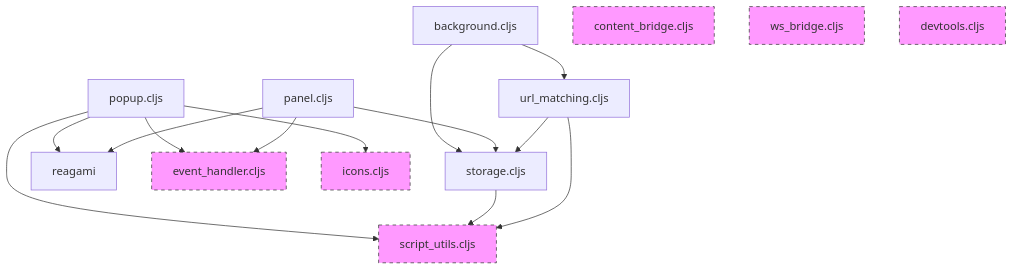
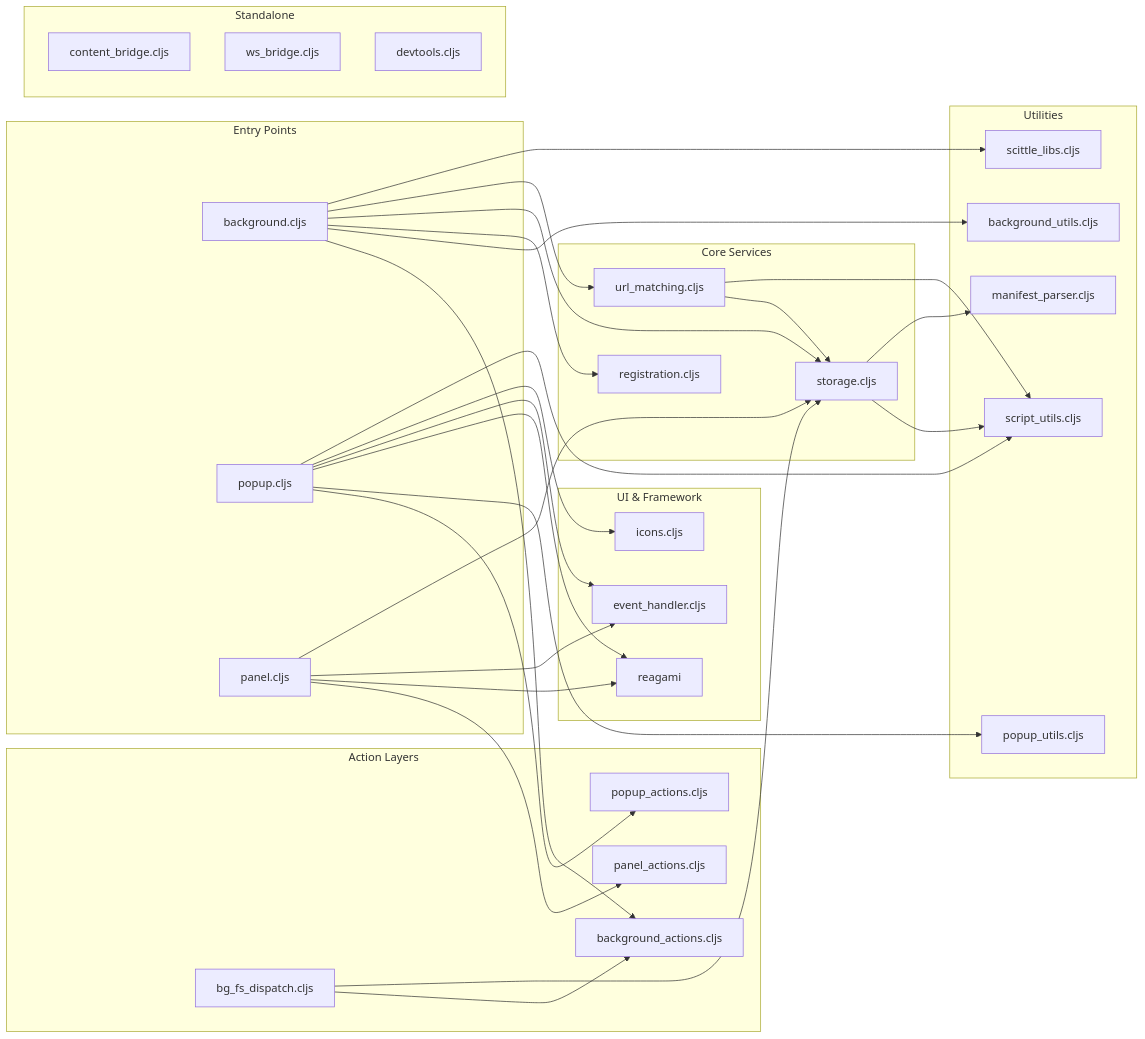
One commit to PEZ/epupp changed the diagram in dev/docs/architecture/components.md. Above: the diagram before and after it, drawn with Mermaid. The commit also changed other lines of this file and 7 other files, not shown here.

Commit message:
Update architecture from code

````diff
--- a/dev/docs/architecture/components.md
+++ b/dev/docs/architecture/components.md
@@ -36,27 +46,72 @@
 ```mermaid
-graph TD
+graph LR
+    subgraph "Entry Points"
+        background.cljs
+        popup.cljs
+        panel.cljs
+    end
+
+    subgraph "Action Layers"
+        background_actions.cljs
+        popup_actions.cljs
+        panel_actions.cljs
+        bg_fs_dispatch.cljs
+    end
+
+    subgraph "Core Services"
+        storage.cljs
+        url_matching.cljs
+        registration.cljs
+    end
+
+    subgraph "Utilities"
+        background_utils.cljs
+        popup_utils.cljs
+        script_utils.cljs
+        manifest_parser.cljs
+        scittle_libs.cljs
+    end
+
+    subgraph "UI & Framework"
+        reagami
+        event_handler.cljs
+        icons.cljs
+    end
+
+    subgraph "Standalone"
+        content_bridge.cljs:::standalone
+        ws_bridge.cljs:::standalone
+        devtools.cljs:::standalone
+    end
+
+    %% Background dependencies
+    background.cljs --> background_actions.cljs
+    background.cljs --> background_utils.cljs
+    background.cljs --> registration.cljs
     background.cljs --> storage.cljs
     background.cljs --> url_matching.cljs
+    background.cljs --> scittle_libs.cljs
 
+    %% Popup dependencies
+    popup.cljs --> popup_actions.cljs
+    popup.cljs --> popup_utils.cljs
     popup.cljs --> reagami
     popup.cljs --> event_handler.cljs
     popup.cljs --> icons.cljs
     popup.cljs --> script_utils.cljs
 
+    %% Panel dependencies
+    panel.cljs --> panel_actions.cljs
     panel.cljs --> reagami
     panel.cljs --> event_handler.cljs
     panel.cljs --> storage.cljs
 
+    %% Service dependencies
     storage.cljs --> script_utils.cljs
+    storage.cljs --> manifest_parser.cljs
     url_matching.cljs --> storage.cljs
     url_matching.cljs --> script_utils.cljs
+    bg_fs_dispatch.cljs --> background_actions.cljs
+    bg_fs_dispatch.cljs --> storage.cljs
 
-    content_bridge.cljs:::standalone
-    ws_bridge.cljs:::standalone
-    devtools.cljs:::standalone
-    script_utils.cljs:::standalone
-    event_handler.cljs:::standalone
-    icons.cljs:::standalone
-
-    classDef standalone fill:#f9f,stroke:#333,stroke-dasharray: 5 5
 ```
````
